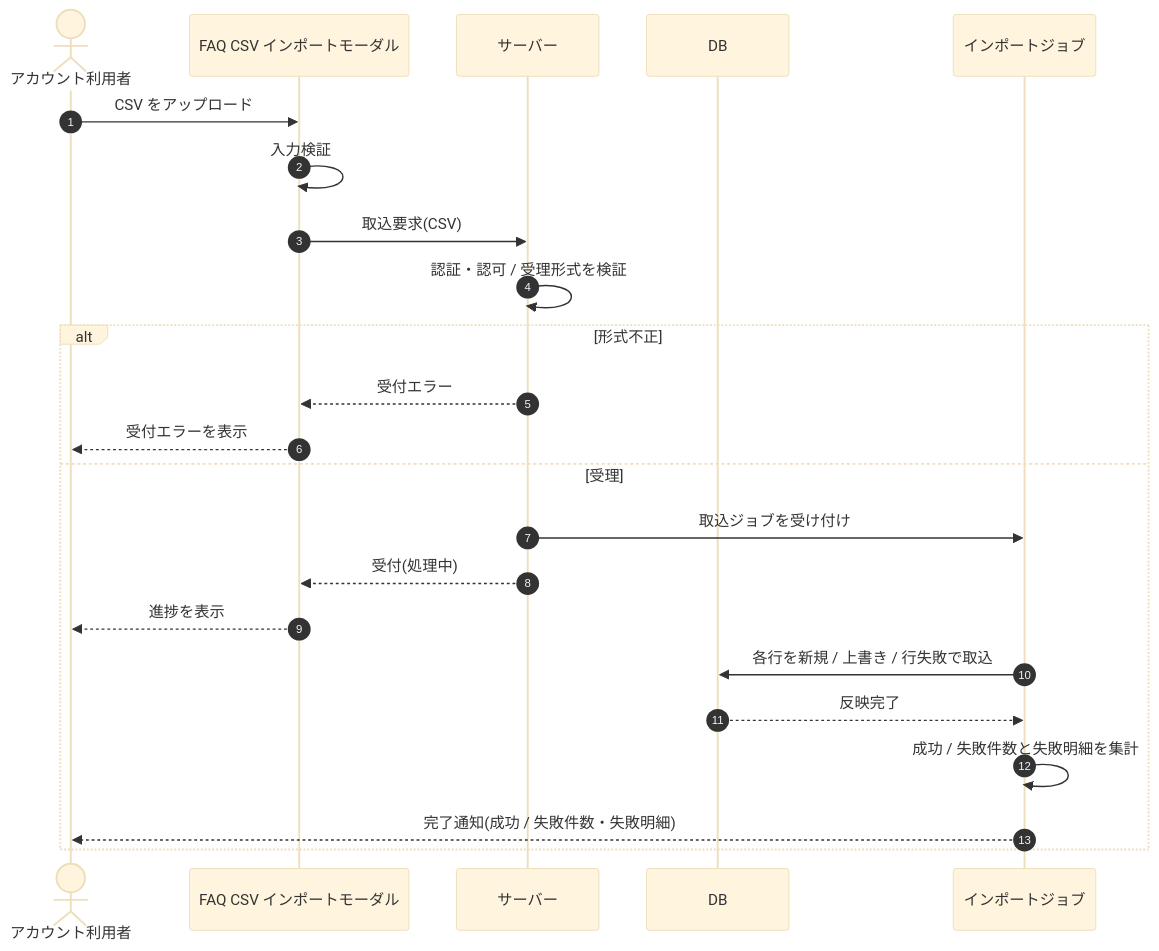
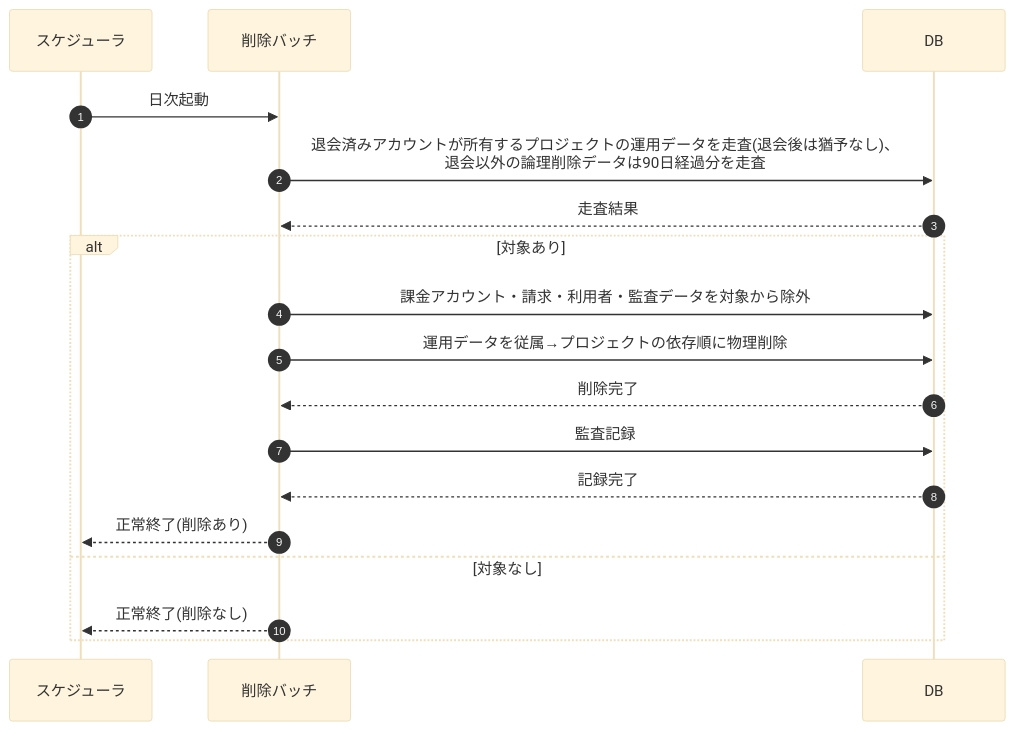
One commit to sikakou54/open-faq changed the diagram in 02_basic_design/03_sequences/SEQ-090.md. Above: the diagram before and after it, drawn with Mermaid (base theme). The commit also changed other lines of this file and 395 other files, not shown here.

````diff
--- a/02_basic_design/03_sequences/SEQ-090.md
+++ b/02_basic_design/03_sequences/SEQ-090.md
@@ -25,25 +25,20 @@
 ```mermaid
 sequenceDiagram
   autonumber
-  actor U as アカウント利用者
-  participant Screen as FAQ CSV インポートモーダル
-  participant Server as サーバー
+  participant SCH as スケジューラ
+  participant B as 削除バッチ
   participant DB as DB
-  participant J as インポートジョブ
-  U->>Screen: CSV をアップロード
-  Screen->>Screen: 入力検証
-  Screen->>Server: 取込要求(CSV)
-  Server->>Server: 認証・認可 / 受理形式を検証
-  alt 形式不正
-    Server-->>Screen: 受付エラー
-    Screen-->>U: 受付エラーを表示
-  else 受理
-    Server->>J: 取込ジョブを受け付け
-    Server-->>Screen: 受付(処理中)
-    Screen-->>U: 進捗を表示
-    J->>DB: 各行を新規 / 上書き / 行失敗で取込
-    DB-->>J: 反映完了
-    J->>J: 成功 / 失敗件数と失敗明細を集計
-    J-->>U: 完了通知(成功 / 失敗件数・失敗明細)
+  SCH->>B: 日次起動
+  B->>DB: 退会済みアカウントが所有するプロジェクトの運用データを走査(退会後は猶予なし)、<br/>退会以外の論理削除データは90日経過分を走査
+  DB-->>B: 走査結果
+  alt 対象あり
+    B->>DB: 課金アカウント・請求・利用者・監査データを対象から除外
+    B->>DB: 運用データを従属→プロジェクトの依存順に物理削除
+    DB-->>B: 削除完了
+    B->>DB: 監査記録
+    DB-->>B: 記録完了
+    B-->>SCH: 正常終了(削除あり)
+  else 対象なし
+    B-->>SCH: 正常終了(削除なし)
   end
 ```
````
